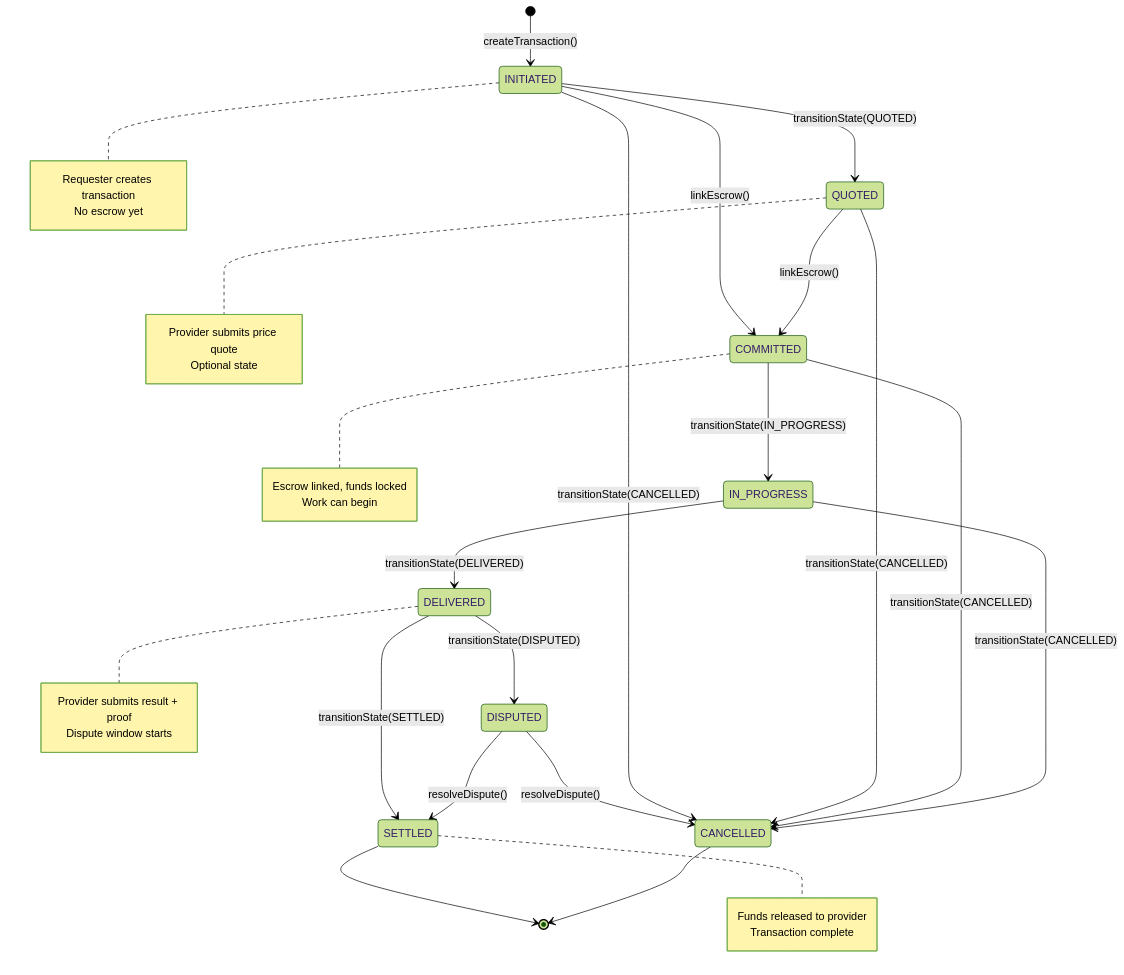
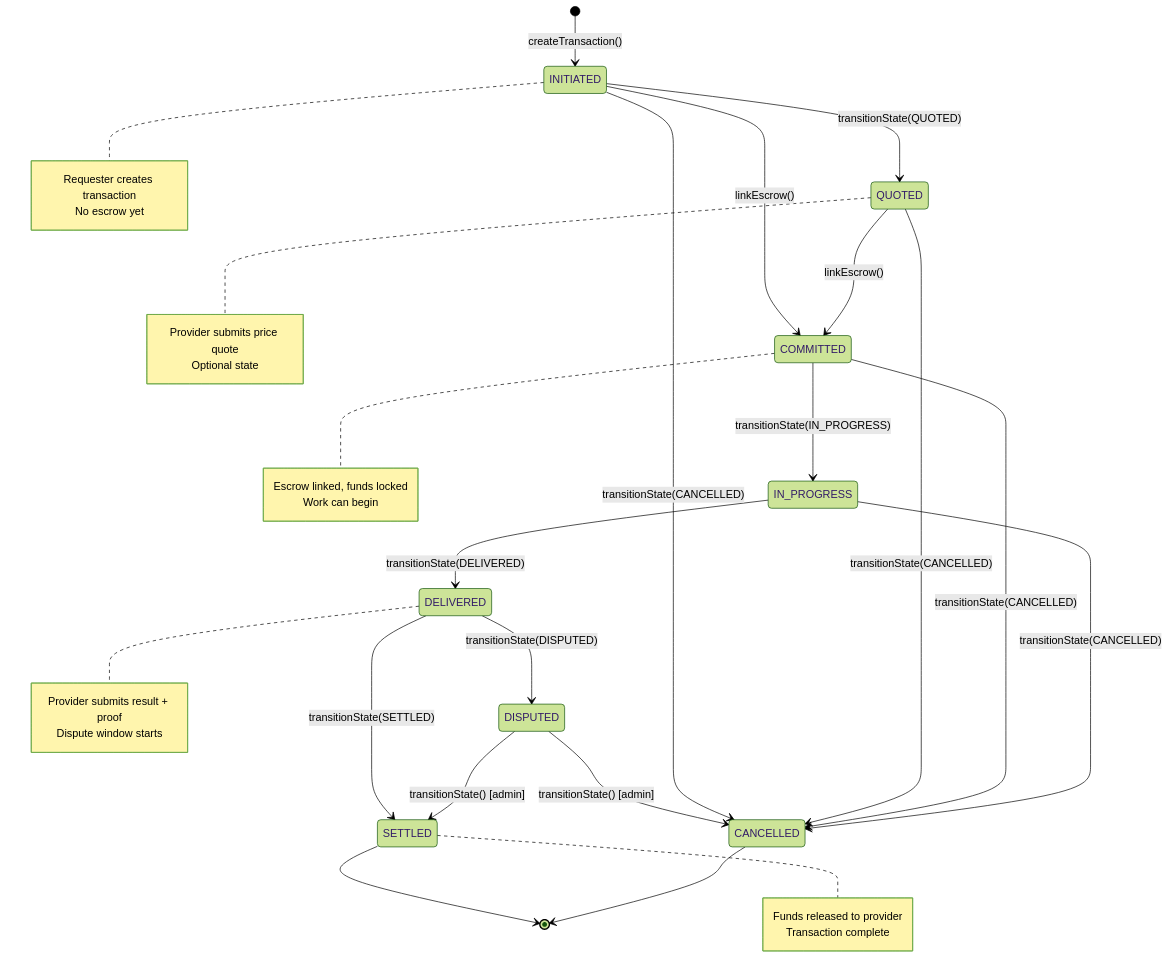
The diagram in docs/concepts/transaction-lifecycle.md (agirails/docs), drawn with Mermaid (forest theme) before and after one commit. The commit also changed other lines of this file and 6 other files, not shown here.

````diff
--- a/docs/concepts/transaction-lifecycle.md
+++ b/docs/concepts/transaction-lifecycle.md
@@ -13,46 +13,46 @@
 ```mermaid
 stateDiagram-v2
     [*] --> INITIATED: createTransaction()
     INITIATED --> QUOTED: transitionState(QUOTED)
     INITIATED --> COMMITTED: linkEscrow()
     QUOTED --> COMMITTED: linkEscrow()
     COMMITTED --> IN_PROGRESS: transitionState(IN_PROGRESS)
     IN_PROGRESS --> DELIVERED: transitionState(DELIVERED)
     DELIVERED --> SETTLED: transitionState(SETTLED)
     DELIVERED --> DISPUTED: transitionState(DISPUTED)
-    DISPUTED --> SETTLED: resolveDispute()
-    DISPUTED --> CANCELLED: resolveDispute()
+    DISPUTED --> SETTLED: transitionState() [admin]
+    DISPUTED --> CANCELLED: transitionState() [admin]
 
     INITIATED --> CANCELLED: transitionState(CANCELLED)
     QUOTED --> CANCELLED: transitionState(CANCELLED)
     COMMITTED --> CANCELLED: transitionState(CANCELLED)
     IN_PROGRESS --> CANCELLED: transitionState(CANCELLED)
 
     SETTLED --> [*]
     CANCELLED --> [*]
 
     note right of INITIATED
         Requester creates transaction
         No escrow yet
     end note
 
     note right of QUOTED
         Provider submits price quote
         Optional state
     end note
 
     note right of COMMITTED
         Escrow linked, funds locked
         Work can begin
     end note
 
     note right of DELIVERED
         Provider submits result + proof
         Dispute window starts
     end note
 
     note right of SETTLED
         Funds released to provider
         Transaction complete
     end note
 ```
````
